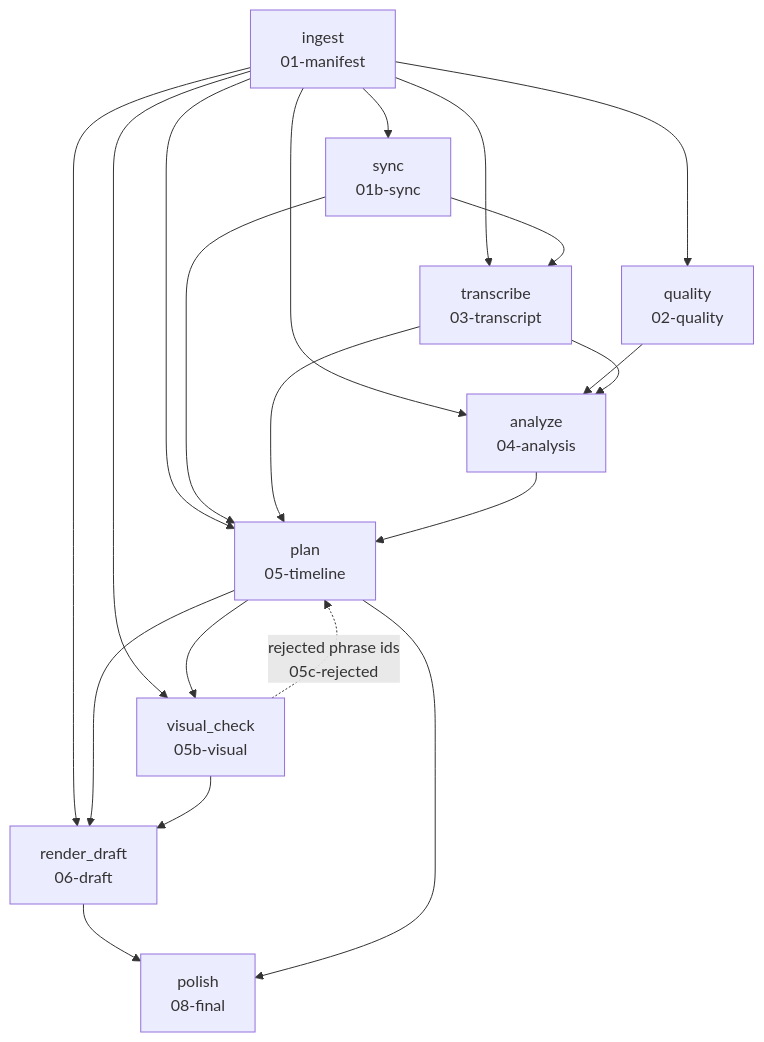
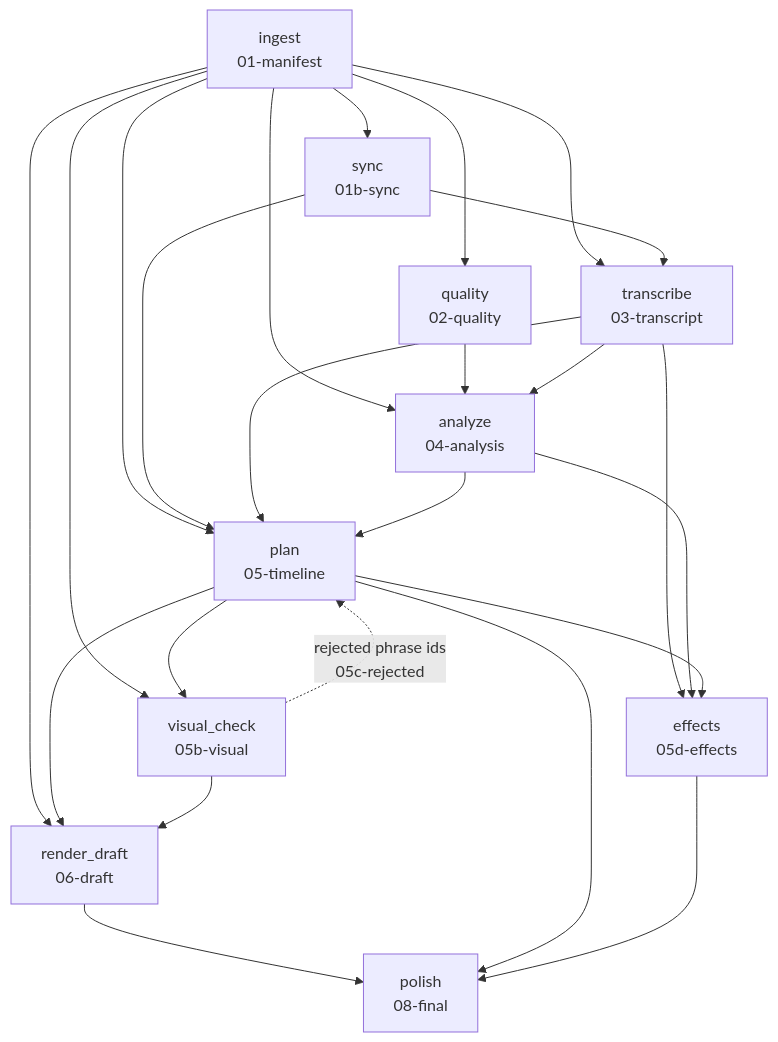
The diagram in README.md (krukovden/video-ai-studio), drawn with Mermaid before and after one commit. The commit also changed other lines of this file and 7 other files, not shown here.

First line of the commit message:
Composite the chosen accents into the delivery's existing alpha graphics track

````diff
--- a/README.md
+++ b/README.md
@@ -117,32 +117,37 @@
 ```mermaid
 flowchart TD
     ingest["ingest<br/>01-manifest"]
     quality["quality<br/>02-quality"]
     sync["sync<br/>01b-sync"]
     transcribe["transcribe<br/>03-transcript"]
     analyze["analyze<br/>04-analysis"]
     plan["plan<br/>05-timeline"]
     visual_check["visual_check<br/>05b-visual"]
+    effects["effects<br/>05d-effects"]
     render_draft["render_draft<br/>06-draft"]
     polish["polish<br/>08-final"]
 
     ingest --> quality
     ingest --> sync
     ingest --> transcribe
     sync --> transcribe
     ingest --> analyze
     quality --> analyze
     transcribe --> analyze
     ingest --> plan
     sync --> plan
     transcribe --> plan
     analyze --> plan
     ingest --> visual_check
     plan --> visual_check
+    transcribe --> effects
+    analyze --> effects
+    plan --> effects
     ingest --> render_draft
     plan --> render_draft
     visual_check --> render_draft
     render_draft --> polish
     plan --> polish
+    effects --> polish
     visual_check -. "rejected phrase ids<br/>05c-rejected" .-> plan
 ```
````
